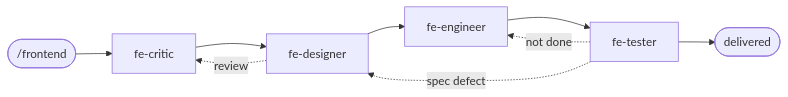
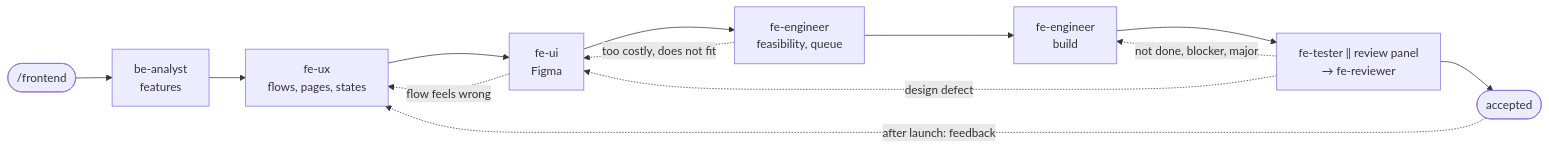
The diagram in frontend/README.md (borun-li/claude-harness), drawn with Mermaid before and after one commit. The commit also changed other lines of this file and 60 other files, not shown here.

````diff
--- a/frontend/README.md
+++ b/frontend/README.md
@@ -20,7 +23,10 @@
 ```mermaid
 flowchart LR
-    S(["/frontend"]) --> CR[fe-critic] --> DS[fe-designer] --> EN[fe-engineer] --> TE[fe-tester] --> E([delivered])
-    DS -. review .-> CR
-    TE -. "not done" .-> EN
-    TE -. "spec defect" .-> DS
+    S(["/frontend"]) --> P[be-analyst<br/>features] --> UX[fe-ux<br/>flows, pages, states] --> UI[fe-ui<br/>Figma]
+    UI --> Q[fe-engineer<br/>feasibility, queue] --> B[fe-engineer<br/>build] --> V[fe-tester ‖ review panel<br/>→ fe-reviewer] --> E([accepted])
+    UI -. "flow feels wrong" .-> UX
+    Q -. "too costly, does not fit" .-> UI
+    V -. "not done, blocker, major" .-> B
+    V -. "design defect" .-> UI
+    E -. "after launch: feedback" .-> UX
 ```
````
